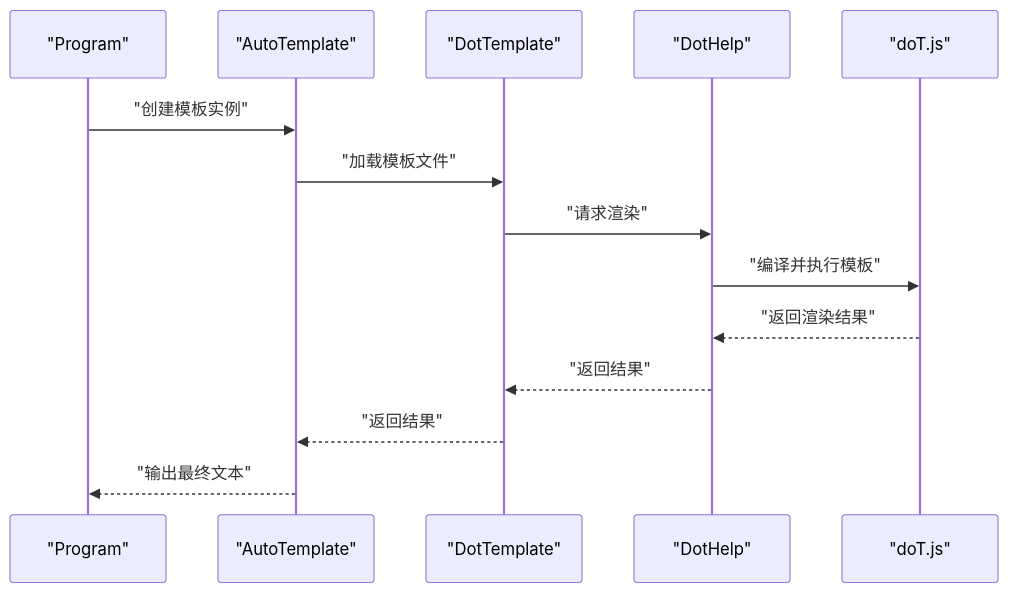
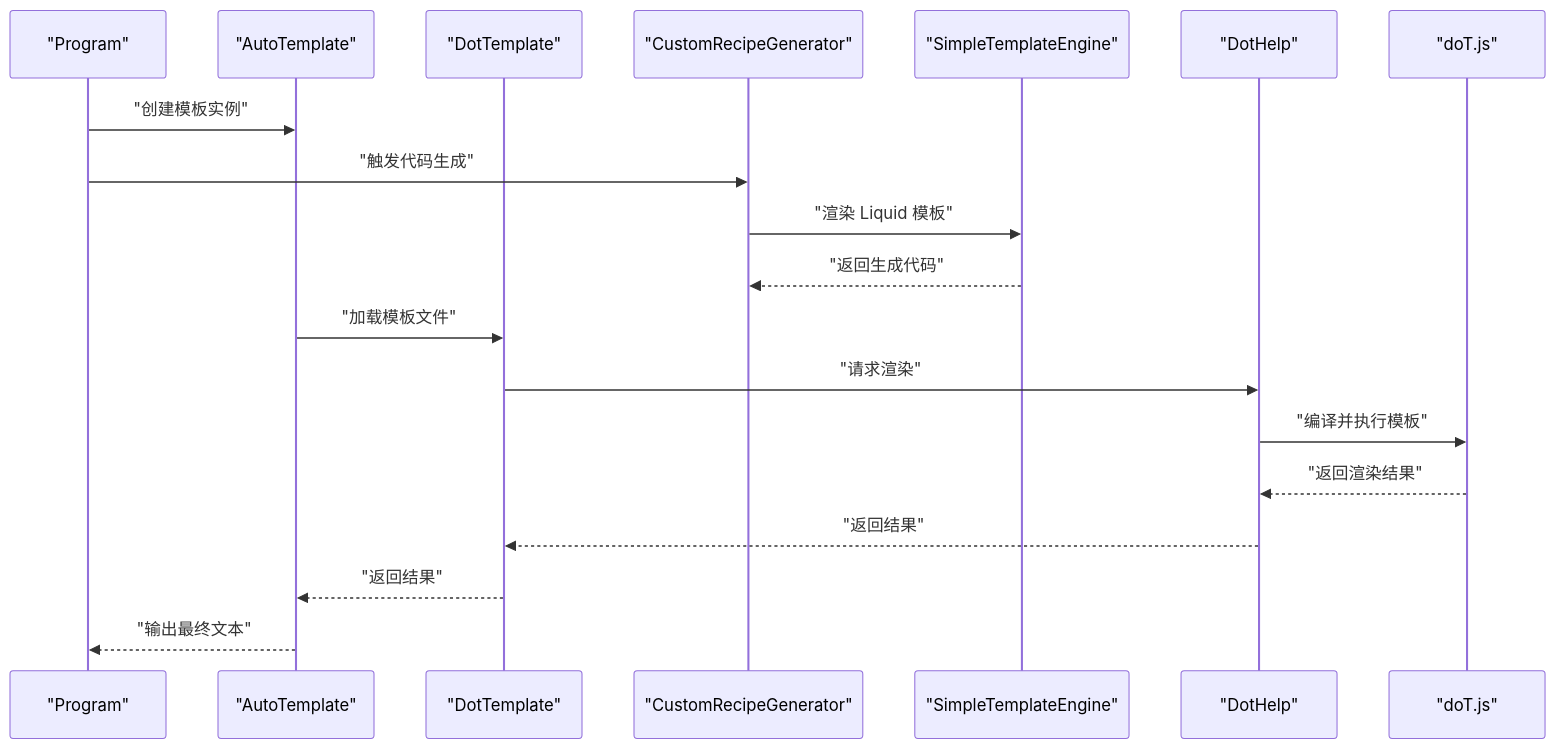
One commit to alivy/AutoCode changed the seventh of 8 diagrams in .qoder/repowiki/zh/content/模板系统/模板系统.md. Above: the diagram before and after it, drawn with Mermaid. The commit also changed other lines of this file and 279 other files, not shown here.

````diff
--- a/.qoder/repowiki/zh/content/模板系统/模板系统.md
+++ b/.qoder/repowiki/zh/content/模板系统/模板系统.md
@@ -275,16 +475,21 @@
 ```mermaid
 sequenceDiagram
 participant Main as "Program"
 participant Auto as "AutoTemplate"
 participant Dot as "DotTemplate"
+participant CRG as "CustomRecipeGenerator"
+participant Engine as "SimpleTemplateEngine"
 participant Help as "DotHelp"
 participant JS as "doT.js"
 Main->>Auto : "创建模板实例"
+Main->>CRG : "触发代码生成"
+CRG->>Engine : "渲染 Liquid 模板"
+Engine-->>CRG : "返回生成代码"
 Auto->>Dot : "加载模板文件"
 Dot->>Help : "请求渲染"
 Help->>JS : "编译并执行模板"
 JS-->>Help : "返回渲染结果"
 Help-->>Dot : "返回结果"
 Dot-->>Auto : "返回结果"
 Auto-->>Main : "输出最终文本"
 ```
````
